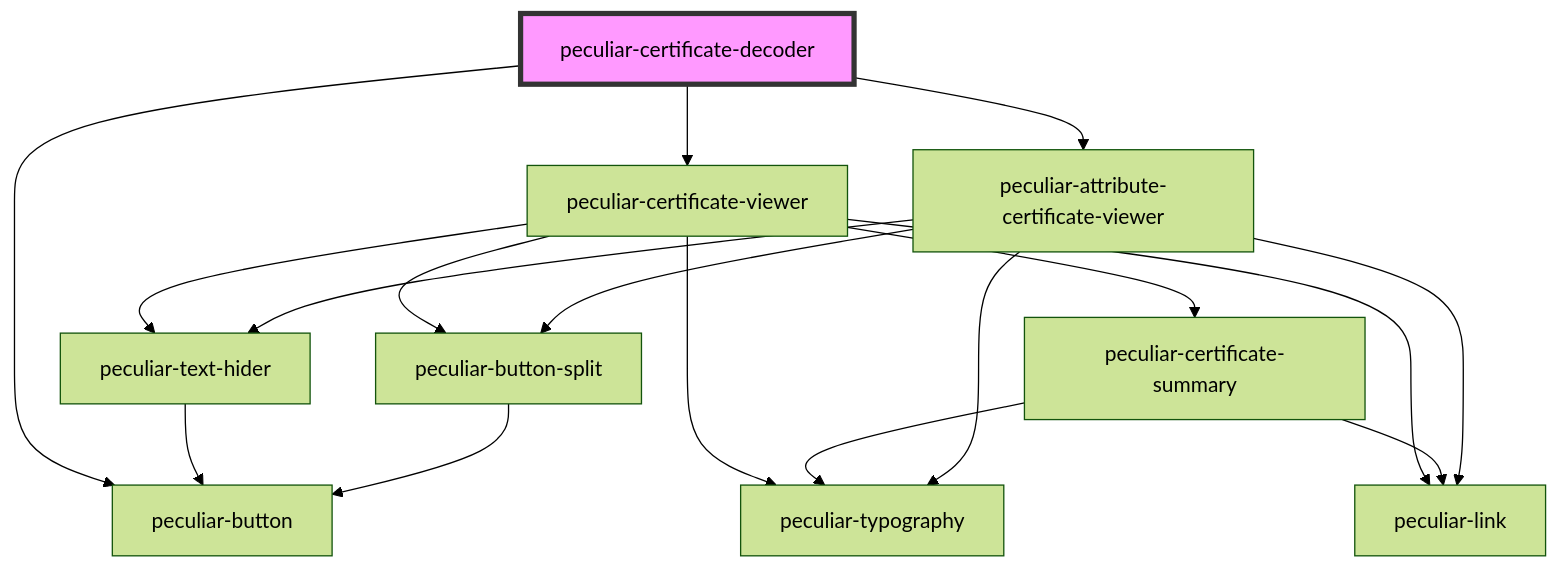
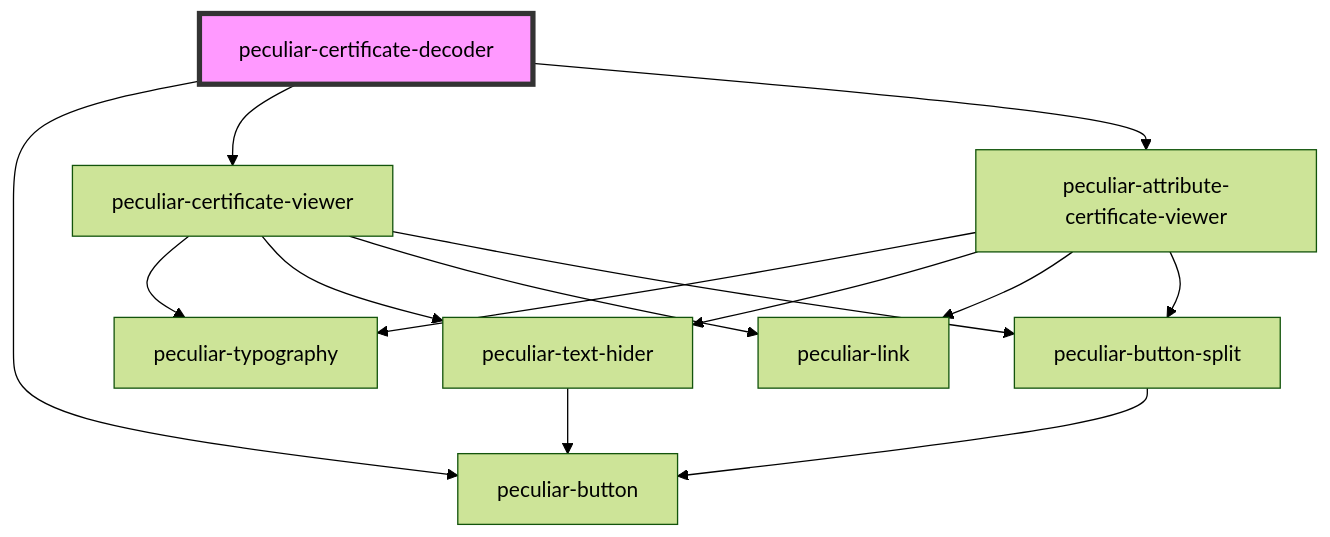
The diagram in packages/webcomponents/src/components/certificate-decoder/readme.md (PeculiarVentures/pv-certificates-viewer), drawn with Mermaid (forest theme) before and after one commit. The commit also changed 8 other files, not shown here.

Commit message:
chore(webcomponents): updated certificate summary view to table

````diff
--- a/packages/webcomponents/src/components/certificate-decoder/readme.md
+++ b/packages/webcomponents/src/components/certificate-decoder/readme.md
@@ -24,20 +24,17 @@
 ```mermaid
 graph TD;
   peculiar-certificate-decoder --> peculiar-button
   peculiar-certificate-decoder --> peculiar-certificate-viewer
   peculiar-certificate-decoder --> peculiar-attribute-certificate-viewer
   peculiar-certificate-viewer --> peculiar-typography
-  peculiar-certificate-viewer --> peculiar-certificate-summary
   peculiar-certificate-viewer --> peculiar-text-hider
   peculiar-certificate-viewer --> peculiar-link
   peculiar-certificate-viewer --> peculiar-button-split
-  peculiar-certificate-summary --> peculiar-typography
-  peculiar-certificate-summary --> peculiar-link
   peculiar-text-hider --> peculiar-button
   peculiar-button-split --> peculiar-button
   peculiar-attribute-certificate-viewer --> peculiar-typography
   peculiar-attribute-certificate-viewer --> peculiar-text-hider
   peculiar-attribute-certificate-viewer --> peculiar-link
   peculiar-attribute-certificate-viewer --> peculiar-button-split
   style peculiar-certificate-decoder fill:#f9f,stroke:#333,stroke-width:4px
 ```
````
